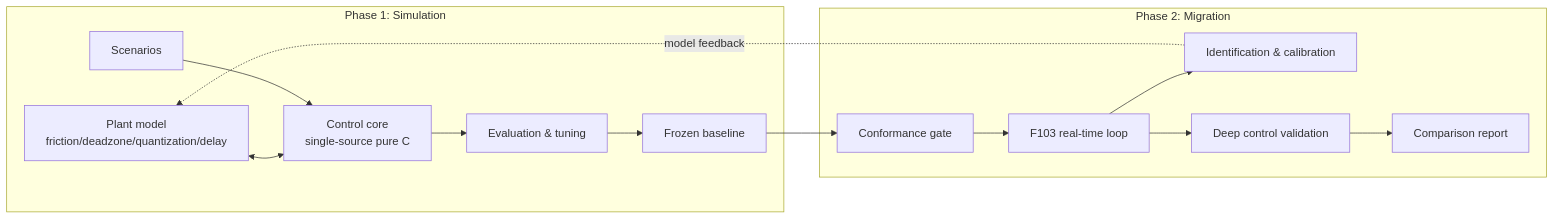
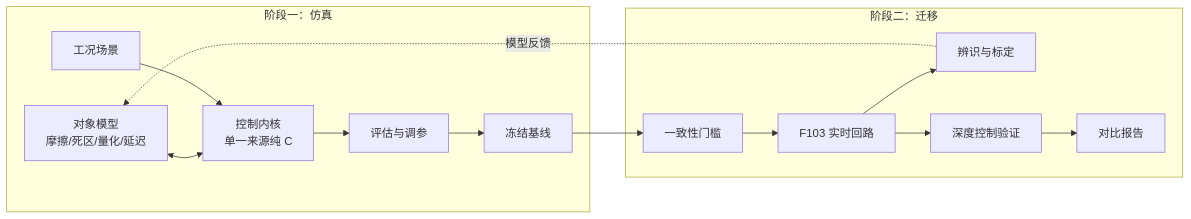
The diagram in README.md (bai-yuwei/motorControl), drawn with Mermaid before and after one commit. The commit also changed other lines of this file and 11 other files, not shown here.

````diff
--- a/README.md
+++ b/README.md
@@ -21,17 +21,17 @@
 ```mermaid
 graph LR
-    subgraph P1 ["Phase 1: Simulation"]
-        M["Plant model<br/>friction/deadzone/quantization/delay"] <--> C["Control core<br/>single-source pure C"]
-        S["Scenarios"] --> C
-        C --> E["Evaluation & tuning"]
-        E --> F["Frozen baseline"]
+    subgraph P1 ["阶段一：仿真"]
+        M["对象模型<br/>摩擦/死区/量化/延迟"] <--> C["控制内核<br/>单一来源纯 C"]
+        S["工况场景"] --> C
+        C --> E["评估与调参"]
+        E --> F["冻结基线"]
     end
-    subgraph P2 ["Phase 2: Migration"]
-        F --> CMP["Conformance gate"]
-        CMP --> H["F103 real-time loop"]
-        H --> I["Identification & calibration"]
-        I -.->|"model feedback"| M
-        H --> D["Deep control validation"]
-        D --> R["Comparison report"]
+    subgraph P2 ["阶段二：迁移"]
+        F --> CMP["一致性门槛"]
+        CMP --> H["F103 实时回路"]
+        H --> I["辨识与标定"]
+        I -.->|"模型反馈"| M
+        H --> D["深度控制验证"]
+        D --> R["对比报告"]
     end
 ```
````
